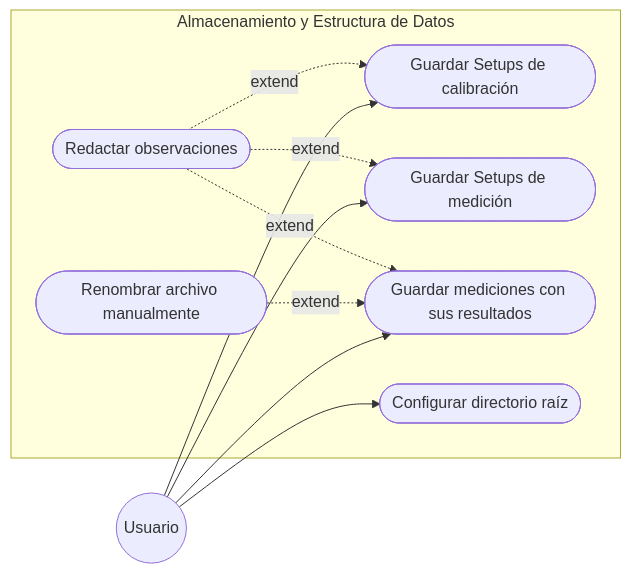
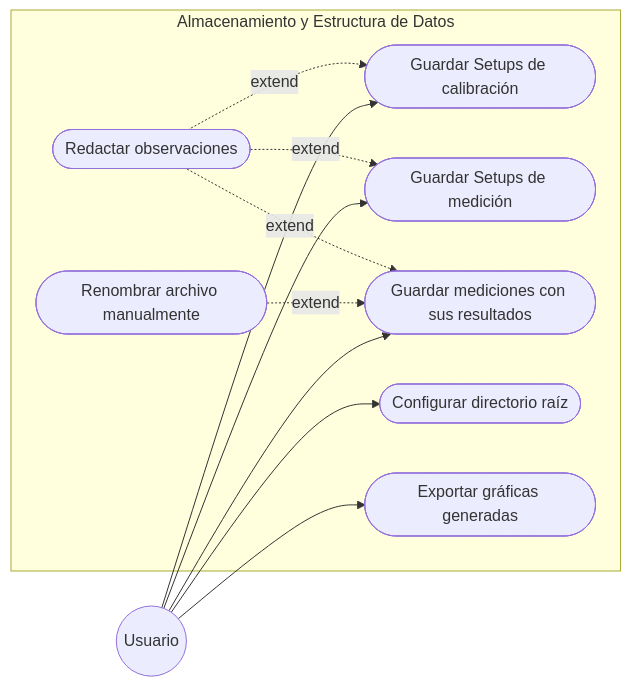
Before and after one commit to alegrelias/Repo-GMini: the fifth of 5 diagrams in Gmini-MarkDown/Diagramas/Diagramas de CU.md, drawn with Mermaid. The commit also changed other lines of this file, not shown here.

Commit message:
Se modifican diagramas de CU

````diff
--- a/Gmini-MarkDown/Diagramas/Diagramas de CU.md
+++ b/Gmini-MarkDown/Diagramas/Diagramas de CU.md
@@ -125,26 +127,28 @@
 ```mermaid
 flowchart LR
 %% Actores
 Usuario((Usuario))
 
 subgraph Almacenamiento y Estructura de Datos
 	CU1([Guardar Setups de calibración])
 	CU2([Guardar Setups de medición])
 	CU3([Guardar mediciones con sus resultados])
 	CU4([Configurar directorio raíz])
 	CU5([Renombrar archivo manualmente])
 	CU6([Redactar observaciones])
+	CU7([Exportar gráficas generadas])
 end
 
 %% Asociaciones
 Usuario --> CU1
 Usuario --> CU2
 Usuario --> CU3
 Usuario --> CU4
+Usuario --> CU7
 
 %% Relaciones Include/Extend
 CU5 -.extend.-> CU3
 CU6 -.extend.-> CU1
 CU6 -.extend.-> CU2
 CU6 -.extend.-> CU3
 ```
````
